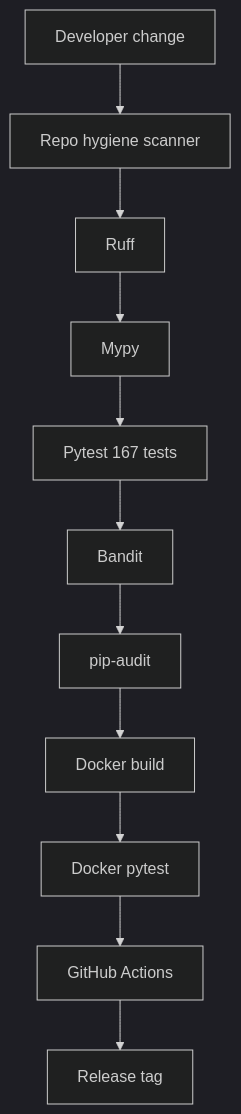
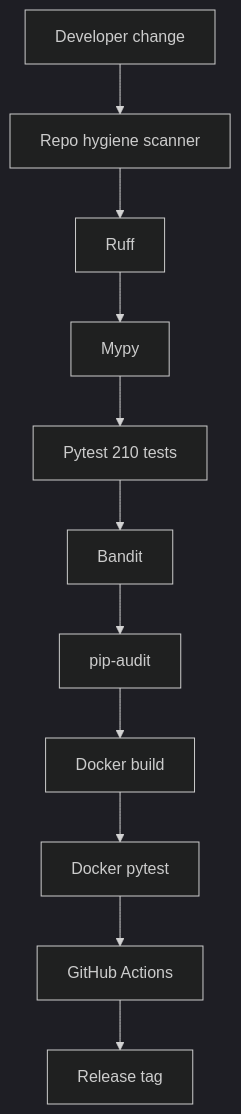
The fourth of 4 diagrams in README.md (codethor0/llm-agent-control-plane-lab), drawn with Mermaid (dark theme) before and after one commit. The commit also changed other lines of this file and 15 other files, not shown here.

````diff
--- a/README.md
+++ b/README.md
@@ -176,16 +176,16 @@
 ```mermaid
 flowchart TD
   ch[Developer change]
   rh[Repo hygiene scanner]
   rf[Ruff]
   my[Mypy]
-  py[Pytest 167 tests]
+  py[Pytest 210 tests]
   bd[Bandit]
   pa[pip-audit]
   dk[Docker build]
   dt[Docker pytest]
   ga[GitHub Actions]
   rel[Release tag]
 
   ch --> rh --> rf --> my --> py --> bd --> pa --> dk --> dt --> ga --> rel
 ```
````
